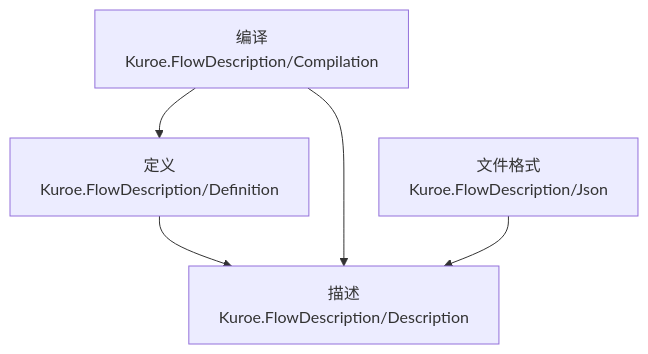
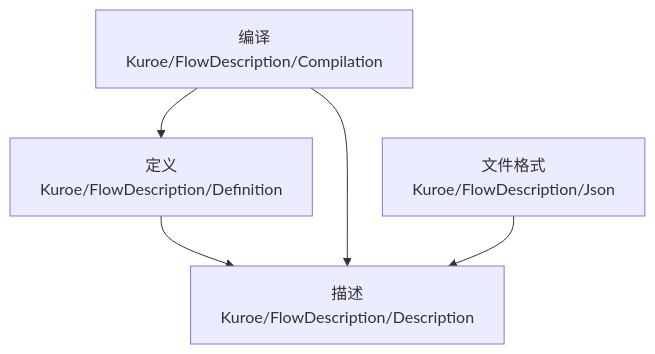
Before and after one commit to DrMelt/Kuroe: the diagram in docs/dev/architecture/functional-boundary/description/index.md, drawn with Mermaid. The commit also changed 1355 other files, not shown here.

````diff
--- a/docs/dev/architecture/functional-boundary/description/index.md
+++ b/docs/dev/architecture/functional-boundary/description/index.md
@@ -5,11 +5,11 @@
 ```mermaid
 flowchart TD
-    Description["描述<br>Kuroe.FlowDescription/Description"]
-    Definition["定义<br>Kuroe.FlowDescription/Definition"]
-    Compilation["编译<br>Kuroe.FlowDescription/Compilation"]
-    Json["文件格式<br>Kuroe.FlowDescription/Json"]
+    Description["描述<br>Kuroe/FlowDescription/Description"]
+    Definition["定义<br>Kuroe/FlowDescription/Definition"]
+    Compilation["编译<br>Kuroe/FlowDescription/Compilation"]
+    Json["文件格式<br>Kuroe/FlowDescription/Json"]
     Definition --> Description
     Compilation --> Description
     Compilation --> Definition
     Json --> Description
 ```
````
